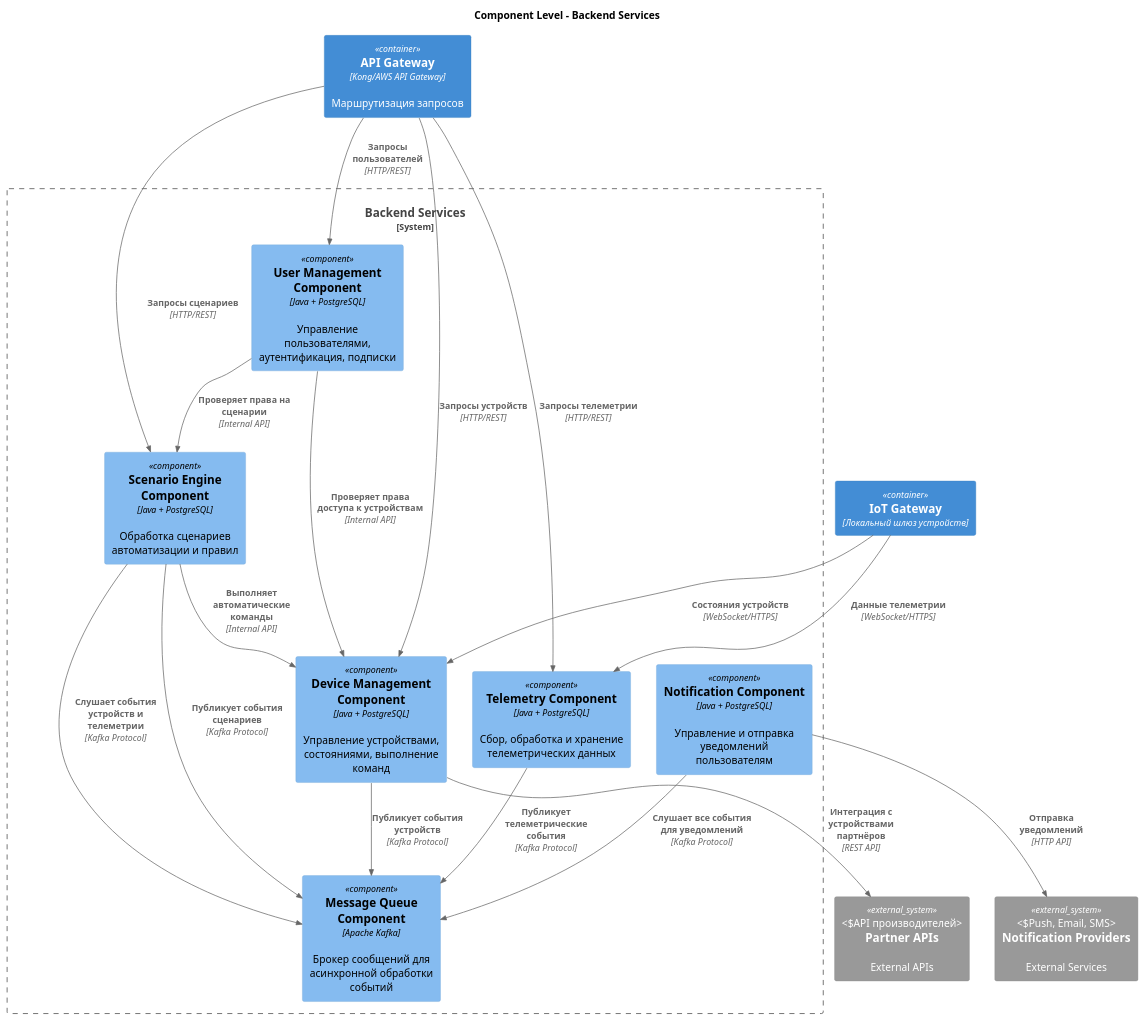
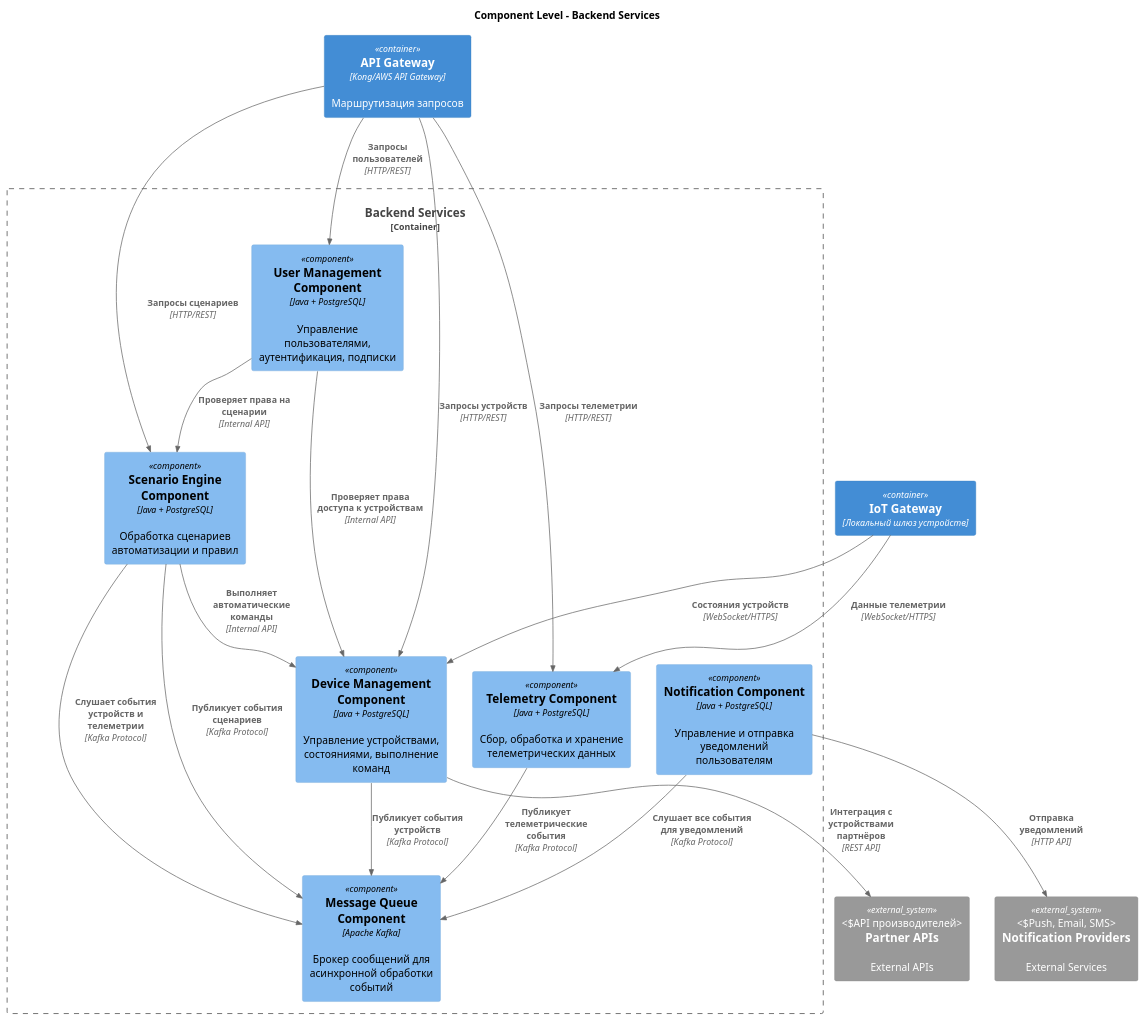
The diagram in diagrams/Component.puml (sergletterbox/architecture-warmhouse), drawn with PlantUML before and after one commit. The commit also changed 2 other files, not shown here.

```diff
--- a/diagrams/Component.puml
+++ b/diagrams/Component.puml
@@ -1,51 +1,51 @@
 @startuml
 !include https://raw.githubusercontent.com/plantuml-stdlib/C4-PlantUML/master/C4_Component.puml
 
 title Component Level - Backend Services
 
 Container(api_gateway, "API Gateway", "Kong/AWS API Gateway", "Маршрутизация запросов")
 Container(iot_gateway, "IoT Gateway", "Локальный шлюз устройств")
 System_Ext(partner_systems, "Partner APIs", "External APIs", "API производителей")
 System_Ext(notification_providers, "Notification Providers", "External Services", "Push, Email, SMS")
 
-System_Boundary(backend_services, "Backend Services") {
+Container_Boundary(backend_services, "Backend Services") {
     Component(message_queue, "Message Queue Component", "Apache Kafka", "Брокер сообщений для асинхронной обработки событий")
 
     Component(device_management, "Device Management Component", "Java + PostgreSQL", "Управление устройствами, состояниями, выполнение команд")
 
     Component(user_management, "User Management Component", "Java + PostgreSQL", "Управление пользователями, аутентификация, подписки")
 
     Component(scenario_engine, "Scenario Engine Component", "Java + PostgreSQL", "Обработка сценариев автоматизации и правил")
 
     Component(notification_component, "Notification Component", "Java + PostgreSQL", "Управление и отправка уведомлений пользователям")
 
     Component(telemetry_component, "Telemetry Component", "Java + PostgreSQL", "Сбор, обработка и хранение телеметрических данных")
 }
 
 ' External connections
 Rel(api_gateway, user_management, "Запросы пользователей", "HTTP/REST")
 Rel(api_gateway, device_management, "Запросы устройств", "HTTP/REST")
 Rel(api_gateway, telemetry_component, "Запросы телеметрии", "HTTP/REST")
 Rel(api_gateway, scenario_engine, "Запросы сценариев", "HTTP/REST")
 
 Rel(iot_gateway, device_management, "Состояния устройств", "WebSocket/HTTPS")
 Rel(iot_gateway, telemetry_component, "Данные телеметрии", "WebSocket/HTTPS")
 
 ' Message Queue interactions
 Rel(device_management, message_queue, "Публикует события устройств", "Kafka Protocol")
 Rel(telemetry_component, message_queue, "Публикует телеметрические события", "Kafka Protocol")
 Rel(scenario_engine, message_queue, "Публикует события сценариев", "Kafka Protocol")
 
 Rel(scenario_engine, message_queue, "Слушает события устройств и телеметрии", "Kafka Protocol")
 Rel(notification_component, message_queue, "Слушает все события для уведомлений", "Kafka Protocol")
 
 ' Inter-component interactions
 Rel(scenario_engine, device_management, "Выполняет автоматические команды", "Internal API")
 Rel(user_management, device_management, "Проверяет права доступа к устройствам", "Internal API")
 Rel(user_management, scenario_engine, "Проверяет права на сценарии", "Internal API")
 
 ' External integrations
 Rel(device_management, partner_systems, "Интеграция с устройствами партнёров", "REST API")
 Rel(notification_component, notification_providers, "Отправка уведомлений", "HTTP API")
 
 @enduml
```
